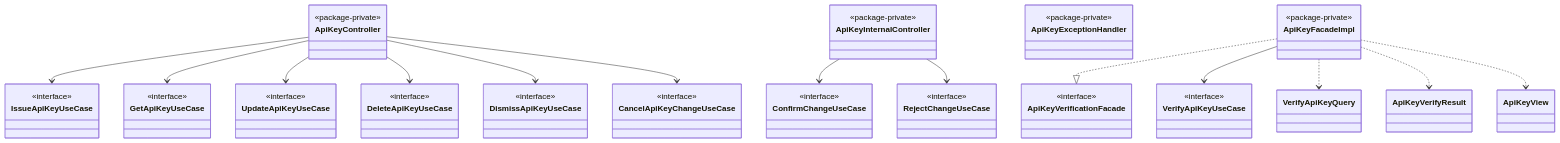
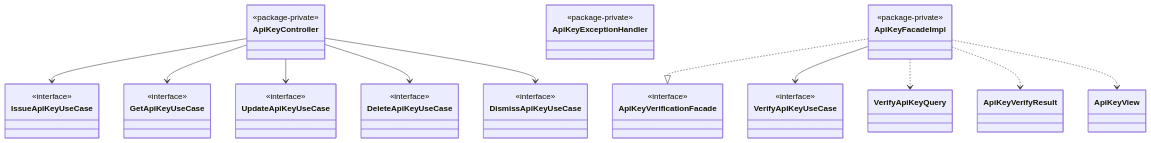
One commit to Dhiren9939/HQ-Tier0 changed diagram 11 of 14 in docs/access-context.md. Above: the diagram before and after it, drawn with Mermaid. The commit also changed other lines of this file and 53 other files, not shown here.

First line of the commit message:
refactor(access): drop the confirm/reject handshake and apply every change at once

````diff
--- a/docs/access-context.md
+++ b/docs/access-context.md
@@ -1135,48 +952,38 @@
 ```mermaid
 classDiagram
     direction TB
 
     class ApiKeyController {
-        <<package-private>>
-    }
-    class ApiKeyInternalController {
         <<package-private>>
     }
     class ApiKeyExceptionHandler {
         <<package-private>>
     }
     class ApiKeyFacadeImpl {
         <<package-private>>
     }
 
     class IssueApiKeyUseCase { <<interface>> }
     class GetApiKeyUseCase { <<interface>> }
     class UpdateApiKeyUseCase { <<interface>> }
     class DeleteApiKeyUseCase { <<interface>> }
     class DismissApiKeyUseCase { <<interface>> }
-    class CancelApiKeyChangeUseCase { <<interface>> }
-    class ConfirmChangeUseCase { <<interface>> }
-    class RejectChangeUseCase { <<interface>> }
     class VerifyApiKeyUseCase { <<interface>> }
 
     class ApiKeyVerificationFacade { <<interface>> }
     class VerifyApiKeyQuery
     class ApiKeyVerifyResult
     class ApiKeyView
 
     ApiKeyController --> IssueApiKeyUseCase
     ApiKeyController --> GetApiKeyUseCase
     ApiKeyController --> UpdateApiKeyUseCase
     ApiKeyController --> DeleteApiKeyUseCase
     ApiKeyController --> DismissApiKeyUseCase
-    ApiKeyController --> CancelApiKeyChangeUseCase
-
-    ApiKeyInternalController --> ConfirmChangeUseCase
-    ApiKeyInternalController --> RejectChangeUseCase
 
     ApiKeyFacadeImpl ..|> ApiKeyVerificationFacade
     ApiKeyFacadeImpl --> VerifyApiKeyUseCase
     ApiKeyFacadeImpl ..> VerifyApiKeyQuery
     ApiKeyFacadeImpl ..> ApiKeyVerifyResult
     ApiKeyFacadeImpl ..> ApiKeyView
 ```
````
